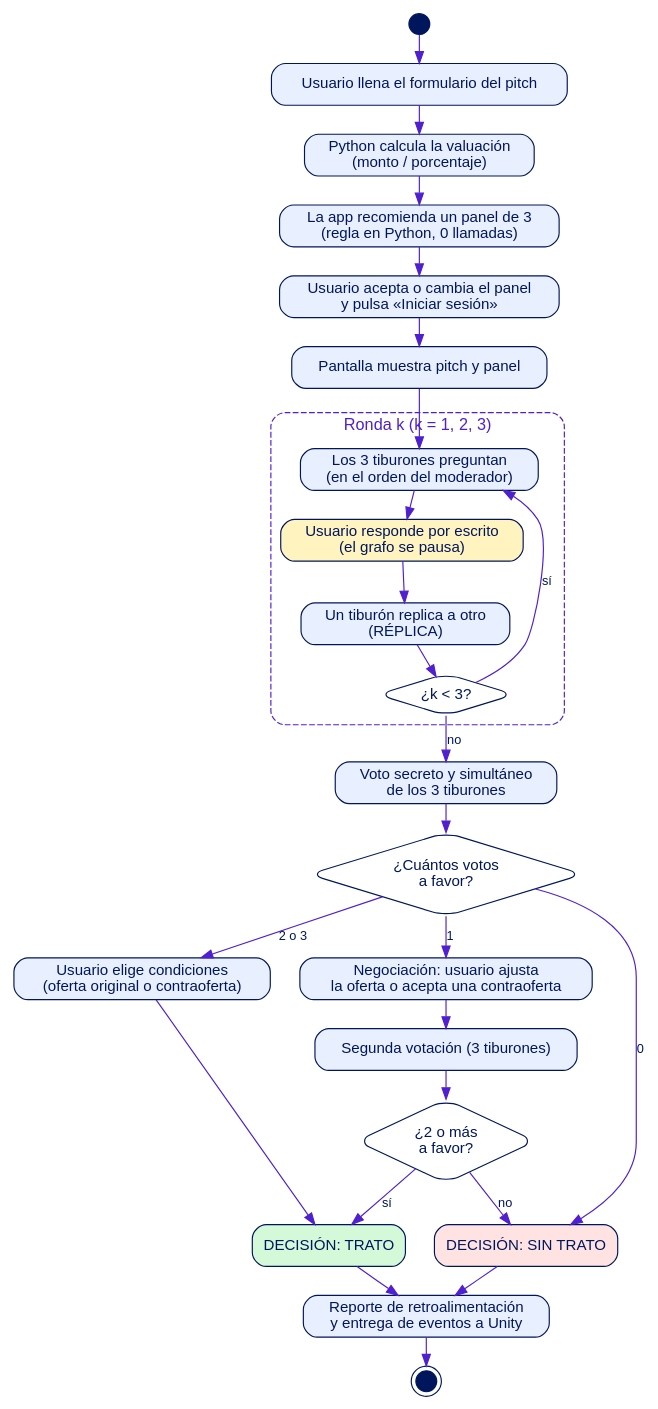
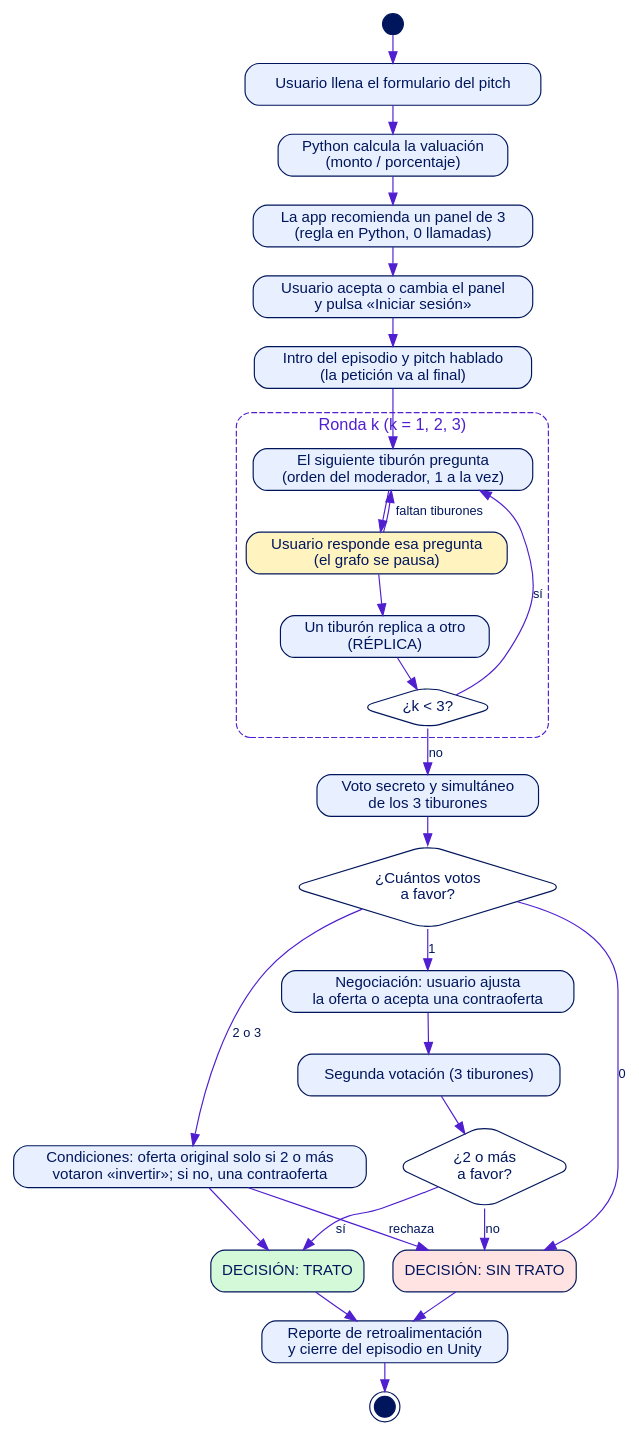
One commit to albertolopezb/NeuralHub changed the diagram in docs/figuras/f01_actividades.dot. Above: the diagram before and after it, drawn with Graphviz. The commit also changed 173 other files, not shown here.

Commit message:
Incremento 2: regla de contraofertas, texto completo en pantalla, sugerencia por pregunta, mediciones y documento corregidos

```diff
--- a/docs/figuras/f01_actividades.dot
+++ b/docs/figuras/f01_actividades.dot
@@ -1,26 +1,27 @@
 digraph G{ bgcolor=white; fontname="Helvetica"; node[fontname="Helvetica",fontsize=13,color="#00165C",fontcolor="#00165C",style="rounded,filled",fillcolor="#E8F0FF",shape=box]; edge[fontname="Helvetica",fontsize=11,color="#4F1FD0",fontcolor="#00165C"]; rankdir=TB; nodesep=.35; ranksep=.32;
 ini[shape=circle,label="",width=.25,fillcolor="#00165C"]; fin[shape=doublecircle,label="",width=.25,fillcolor="#00165C"];
 a1[label="Usuario llena el formulario del pitch"]; a2[label="Python calcula la valuación
 (monto / porcentaje)"];
 a3[label="La app recomienda un panel de 3
 (regla en Python, 0 llamadas)"]; a4[label="Usuario acepta o cambia el panel
 y pulsa «Iniciar sesión»"];
-a5[label="Pantalla muestra pitch y panel"];
+a5[label="Intro del episodio y pitch hablado
+(la petición va al final)"];
 subgraph cluster_r{label="Ronda k (k = 1, 2, 3)";fontname="Helvetica";fontcolor="#4F1FD0";color="#4F1FD0";style="rounded,dashed";
- r1[label="Los 3 tiburones preguntan
-(en el orden del moderador)"]; r2[label="Usuario responde por escrito
+ r1[label="El siguiente tiburón pregunta
+(orden del moderador, 1 a la vez)"]; r2[label="Usuario responde esa pregunta
 (el grafo se pausa)",fillcolor="#FFF3BF"];
  r3[label="Un tiburón replica a otro
-(RÉPLICA)"]; r4[shape=diamond,label="¿k < 3?",fillcolor="white"]; r1->r2->r3->r4;}
+(RÉPLICA)"]; r4[shape=diamond,label="¿k < 3?",fillcolor="white"]; r1->r2; r2->r1[label="faltan tiburones",constraint=false]; r2->r3->r4;}
 v[label="Voto secreto y simultáneo
 de los 3 tiburones"]; d[shape=diamond,label="¿Cuántos votos
 a favor?",fillcolor="white"];
-c1[label="Usuario elige condiciones
-(oferta original o contraoferta)"]; n1[label="Negociación: usuario ajusta
+c1[label="Condiciones: oferta original solo si 2 o más
+votaron «invertir»; si no, una contraoferta"]; n1[label="Negociación: usuario ajusta
 la oferta o acepta una contraoferta"]; n2[label="Segunda votación (3 tiburones)"];
 d2[shape=diamond,label="¿2 o más
 a favor?",fillcolor="white"];
 t[label="DECISIÓN: TRATO",fillcolor="#D3F9D8"]; s[label="DECISIÓN: SIN TRATO",fillcolor="#FFE3E3"]; rep[label="Reporte de retroalimentación
-y entrega de eventos a Unity"];
+y cierre del episodio en Unity"];
 ini->a1->a2->a3->a4->a5->r1; r4->r1[label="sí"]; r4->v[label="no"]; v->d;
-d->c1[label="2 o 3"]; d->n1[label="1"]; d->s[label="0"]; c1->t; n1->n2->d2; d2->t[label="sí"]; d2->s[label="no"]; t->rep; s->rep; rep->fin;}
+d->c1[label="2 o 3"]; d->n1[label="1"]; d->s[label="0"]; c1->t; c1->s[label="rechaza"]; n1->n2->d2; d2->t[label="sí"]; d2->s[label="no"]; t->rep; s->rep; rep->fin;}
```
